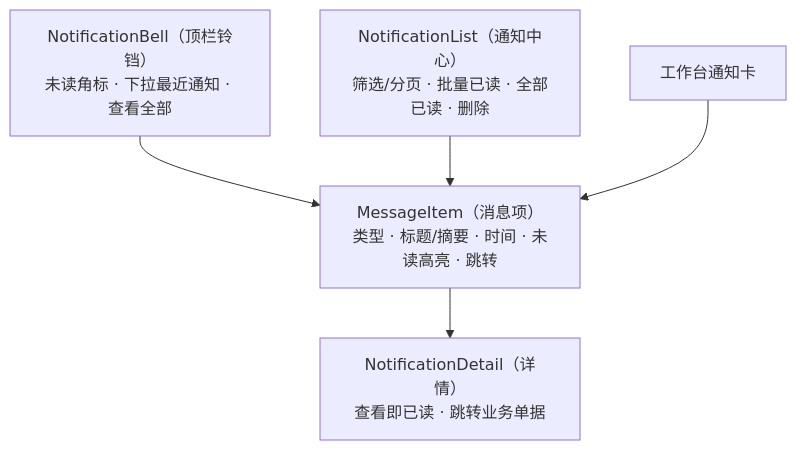
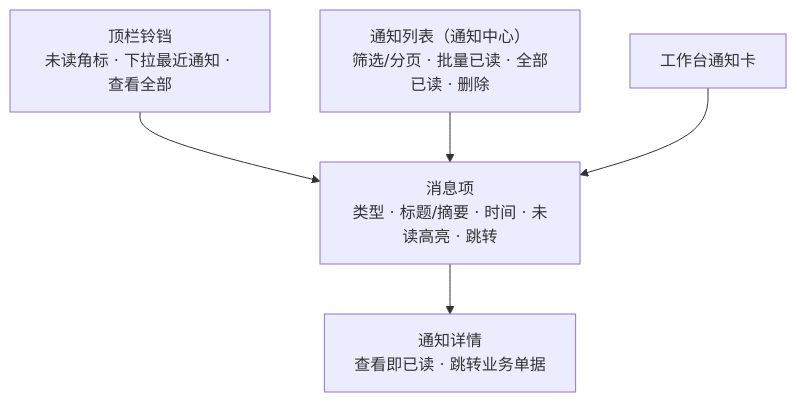
Before and after one commit to minjian123/basic-management-system: the diagram in bms文档/设计/组件设计/07_展示类/06_组件设计_通知与消息/06_组件设计_通知与消息.md, drawn with Mermaid. The commit also changed other lines of this file and 238 other files, not shown here.

````diff
--- a/bms文档/设计/组件设计/07_展示类/06_组件设计_通知与消息/06_组件设计_通知与消息.md
+++ b/bms文档/设计/组件设计/07_展示类/06_组件设计_通知与消息/06_组件设计_通知与消息.md
@@ -33,10 +31,10 @@
 ```mermaid
 flowchart TD
-    BELL["NotificationBell（顶栏铃铛）<br/>未读角标 · 下拉最近通知 · 查看全部"]
-    LIST["NotificationList（通知中心）<br/>筛选/分页 · 批量已读 · 全部已读 · 删除"]
-    ITEM["MessageItem（消息项）<br/>类型 · 标题/摘要 · 时间 · 未读高亮 · 跳转"]
-    DET["NotificationDetail（详情）<br/>查看即已读 · 跳转业务单据"]
+    BELL["顶栏铃铛<br/>未读角标 · 下拉最近通知 · 查看全部"]
+    LIST["通知列表（通知中心）<br/>筛选/分页 · 批量已读 · 全部已读 · 删除"]
+    ITEM["消息项<br/>类型 · 标题/摘要 · 时间 · 未读高亮 · 跳转"]
+    DET["通知详情<br/>查看即已读 · 跳转业务单据"]
     BELL --> ITEM --> DET
     LIST --> ITEM
     WB["工作台通知卡"] --> ITEM
 ```
````
